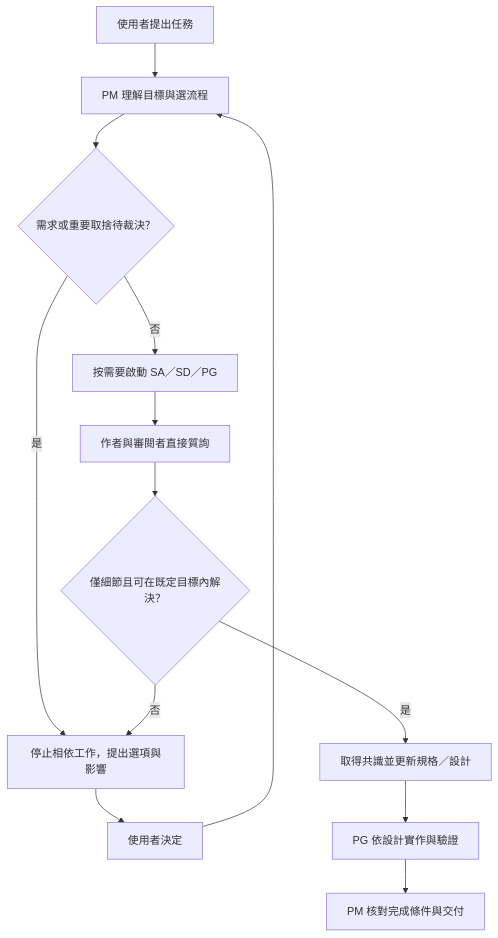
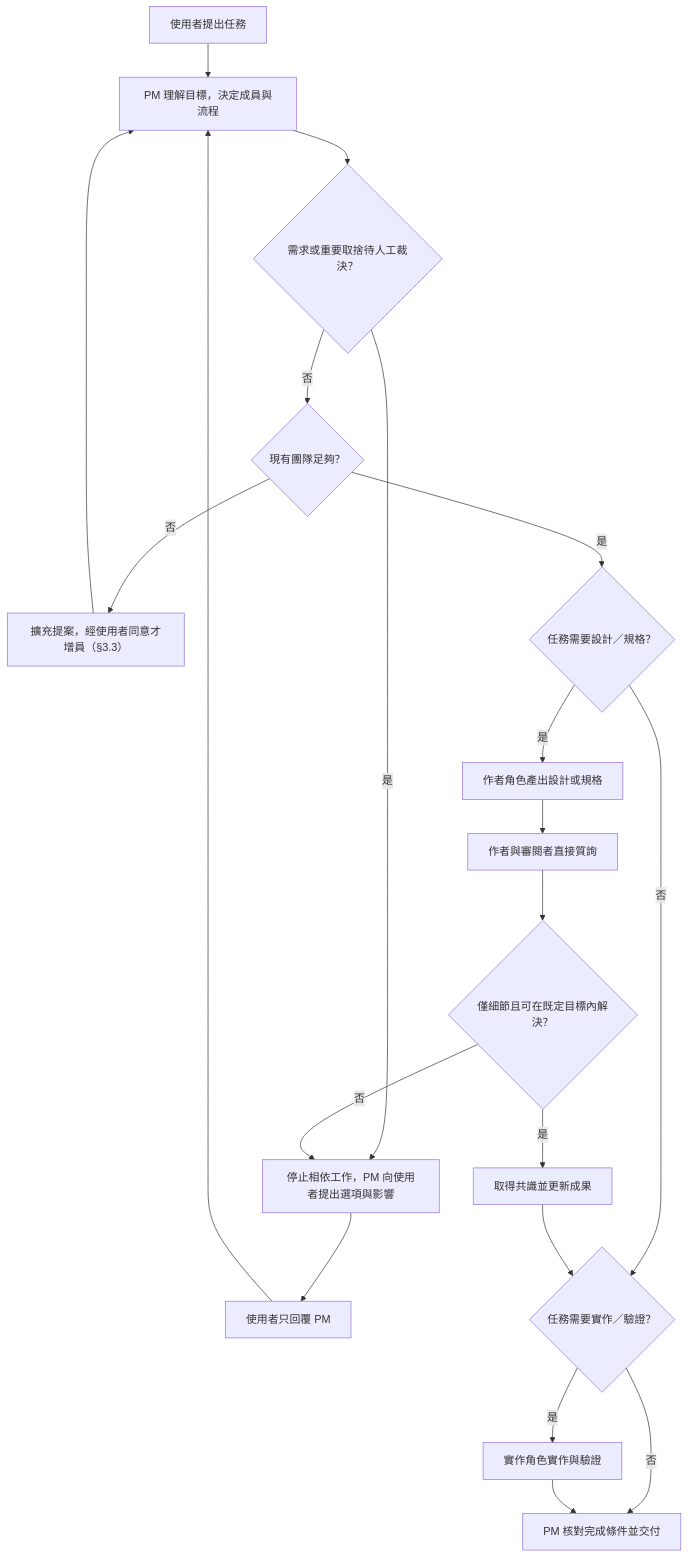
The second of 4 diagrams in docs/proposals/task-team-design.md (saintber/Saintber.Forge), drawn with Mermaid before and after one commit. The commit also changed other lines of this file and 22 other files, not shown here.

````diff
--- a/docs/proposals/task-team-design.md
+++ b/docs/proposals/task-team-design.md
@@ -57,15 +148,22 @@
 ```mermaid
 flowchart TB
-    Start[使用者提出任務] --> PM[PM 理解目標與選流程]
-    PM --> NeedDecision{需求或重要取捨待裁決？}
-    NeedDecision -->|是| Pause[停止相依工作，提出選項與影響]
-    Pause --> User[使用者決定]
+    Start[使用者提出任務] --> PM[PM 理解目標，決定成員與流程]
+    PM --> NeedDecision{需求或重要取捨待人工裁決？}
+    NeedDecision -->|是| Pause[停止相依工作，PM 向使用者提出選項與影響]
+    Pause --> User[使用者只回覆 PM]
     User --> PM
-    NeedDecision -->|否| Team[按需要啟動 SA／SD／PG]
-    Team --> Review[作者與審閱者直接質詢]
+    NeedDecision -->|否| Enough{現有團隊足夠？}
+    Enough -->|否| Expand[擴充提案，經使用者同意才增員（§3.3）]
+    Expand --> PM
+    Enough -->|是| NeedDesign{任務需要設計／規格？}
+    NeedDesign -->|是| Author[作者角色產出設計或規格]
+    Author --> Review[作者與審閱者直接質詢]
     Review --> Conflict{僅細節且可在既定目標內解決？}
-    Conflict -->|是| Agree[取得共識並更新規格／設計]
+    Conflict -->|是| Agree[取得共識並更新成果]
     Conflict -->|否| Pause
-    Agree --> Build[PG 依設計實作與驗證]
-    Build --> Deliver[PM 核對完成條件與交付]
+    NeedDesign -->|否| NeedBuild
+    Agree --> NeedBuild{任務需要實作／驗證？}
+    NeedBuild -->|是| Build[實作角色實作與驗證]
+    NeedBuild -->|否| Deliver
+    Build --> Deliver[PM 核對完成條件並交付]
 ```
````
